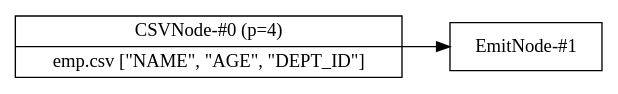
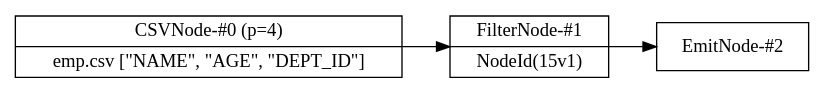
One commit to adarshpannu/kona changed the diagram in flow.dot. Above: the diagram before and after it, drawn with Graphviz. The commit also changed 11 other files, not shown here.

Commit message:
Simple compiled flows working...

```diff
--- a/flow.dot
+++ b/flow.dot
@@ -1,9 +1,11 @@
 digraph example1 {
     node [shape=record];
     rankdir=LR;
     splines=polyline;
     nodesep=0.5;
     Node0[label="CSVNode-#0 (p=4)|emp.csv [\"NAME\", \"AGE\", \"DEPT_ID\"]"];
-    Node1[label="EmitNode-#1"];
+    Node1[label="FilterNode-#1|NodeId(15v1)"];
     Node0 -> Node1;
+    Node2[label="EmitNode-#2"];
+    Node1 -> Node2;
 }
```
